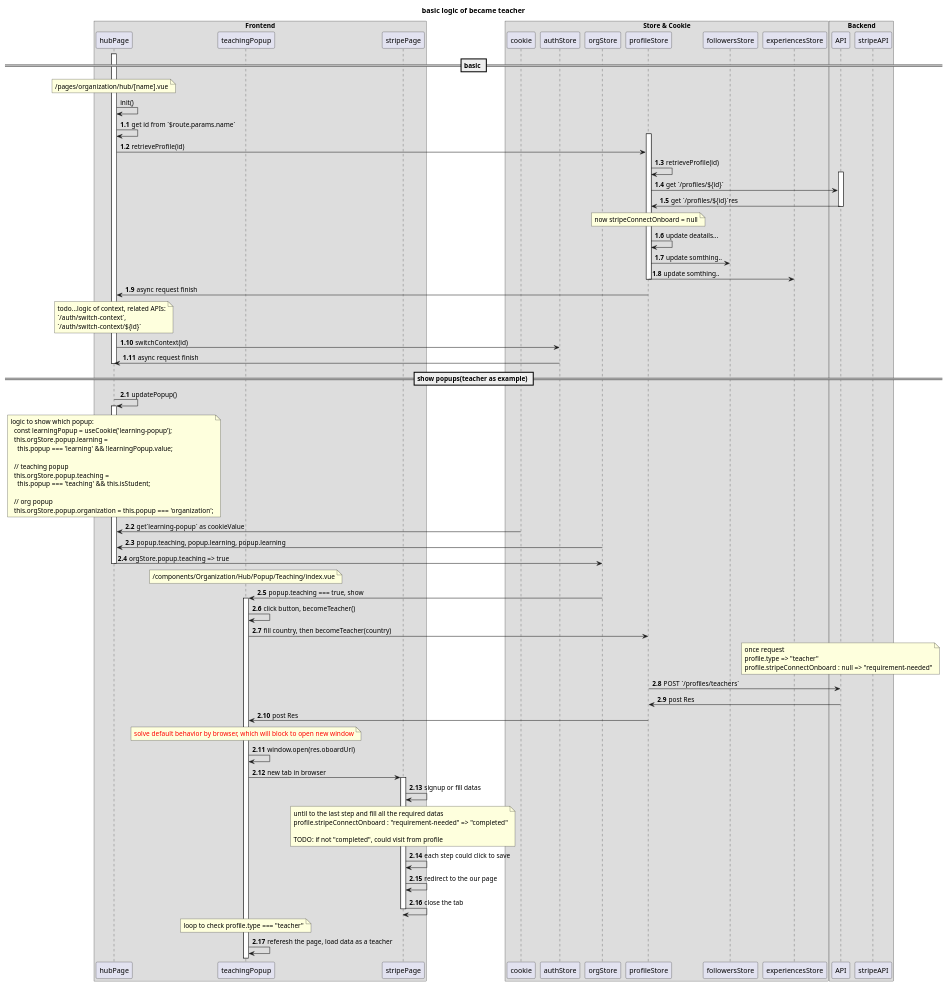
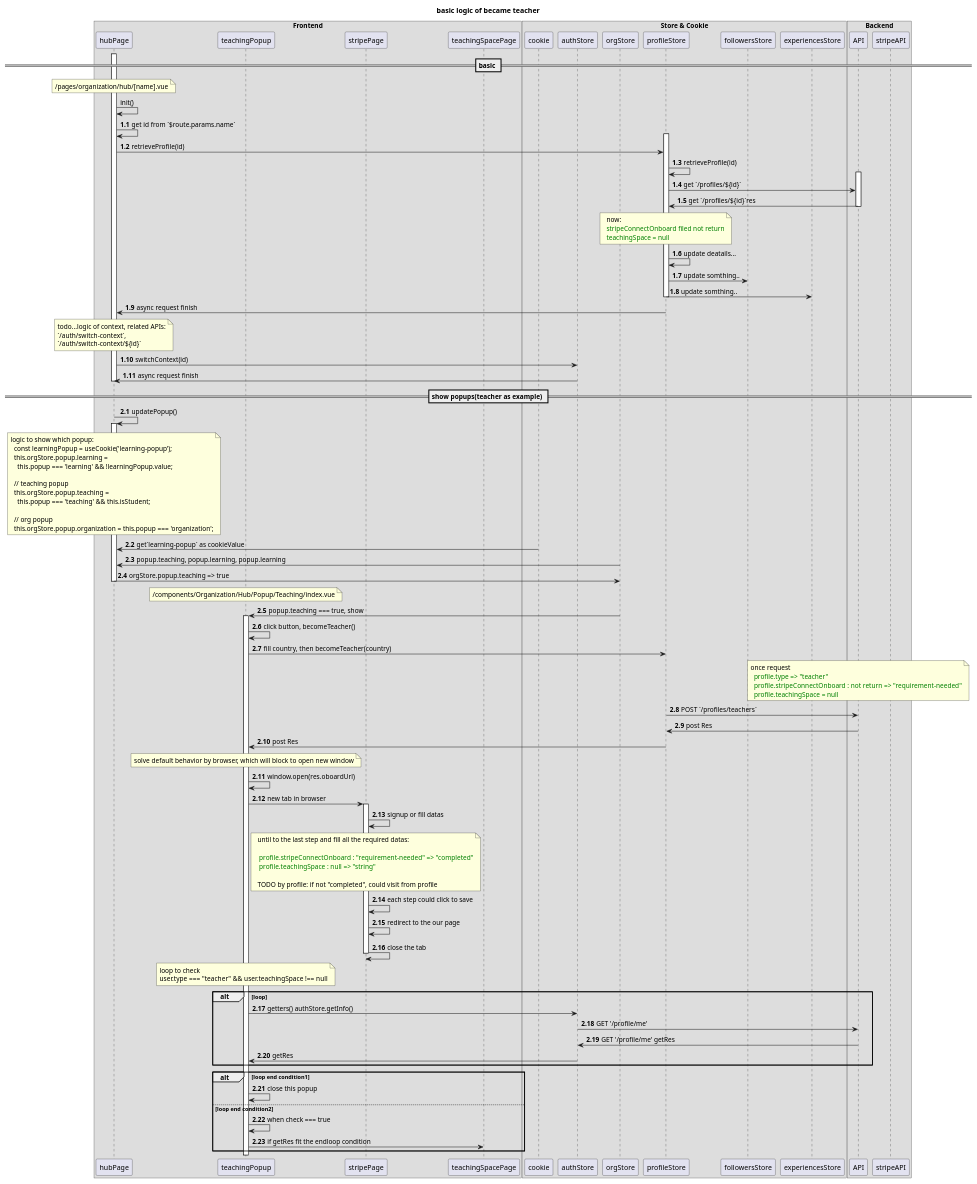
Before and after one commit to chase-si/umlDesigns: the diagram in src/aladia/upwork-aladia-become-teacher.wsd, drawn with PlantUML. The commit also changed other lines of this file and 3 other files, not shown here.

```diff
--- a/src/aladia/upwork-aladia-become-teacher.wsd
+++ b/src/aladia/upwork-aladia-become-teacher.wsd
@@ -1,117 +2,136 @@
 @startuml
 title "basic logic of became teacher"
 
 box "Frontend"
 participant hubPage
 participant teachingPopup
 participant stripePage
+participant teachingSpacePage
 end box
 
 box "Store & Cookie"
 participant cookie
 participant authStore
 participant orgStore
 participant profileStore
 participant followersStore
 participant experiencesStore
 end box
 
 box "Backend"
 participant API
 participant stripeAPI
 end box
 
 == basic ==
 activate hubPage
 note over hubPage
 /pages/organization/hub/[name].vue
 end note
 hubPage -> hubPage : init()
 autonumber 1.1
 hubPage -> hubPage : get id from `$route.params.name`
   activate profileStore
     hubPage -> profileStore : retrieveProfile(id)
     profileStore -> profileStore : retrieveProfile(id)
       activate API
       profileStore -> API : get `/profiles/${id}`
       profileStore <- API : get `/profiles/${id}`res
       deactivate API
     note over profileStore
-      now stripeConnectOnboard = null
+      now:
+    <color green>  stripeConnectOnboard filed not return
+    <color green>  teachingSpace = null
     end note
     profileStore -> profileStore : update deatails...
     profileStore -> followersStore : update somthing..
     profileStore -> experiencesStore: update somthing..
   deactivate profileStore
 hubPage <- profileStore : async request finish
 
 note over hubPage
 todo...logic of context, related APIs:
 `/auth/switch-context`,
 `/auth/switch-context/${id}`
 end note
 hubPage -> authStore : switchContext(id)
 hubPage <- authStore : async request finish
 deactivate hubPage
 autonumber stop
 
 == show popups(teacher as example) ==
 autonumber 2.1
 hubPage -> hubPage : updatePopup()
 activate hubPage
 note over hubPage
 logic to show which popup:
   const learningPopup = useCookie('learning-popup');
   this.orgStore.popup.learning =
     this.popup === 'learning' && !learningPopup.value;
 
   // teaching popup
   this.orgStore.popup.teaching =
     this.popup === 'teaching' && this.isStudent;
 
   // org popup
   this.orgStore.popup.organization = this.popup === 'organization';
 end note
 hubPage <- cookie : get`learning-popup` as cookieValue
 hubPage <- orgStore : popup.teaching, popup.learning, popup.learning
 hubPage -> orgStore : orgStore.popup.teaching => true
 deactivate hubPage
 
 note over teachingPopup
 /components/Organization/Hub/Popup/Teaching/index.vue
 end note
 teachingPopup <- orgStore: popup.teaching === true, show
 activate teachingPopup
 teachingPopup -> teachingPopup: click button, becomeTeacher()
 teachingPopup -> profileStore: fill country, then becomeTeacher(country)
 note over API
 once request
-profile.type => "teacher"
-profile.stripeConnectOnboard : null => "requirement-needed"
+<color green>  profile.type => "teacher"
+<color green>  profile.stripeConnectOnboard : not return => "requirement-needed"
+<color green>  profile.teachingSpace = null
 end note
 profileStore -> API: POST `/profiles/teachers`
 profileStore <- API: post Res
 profileStore -> teachingPopup: post Res
 note over teachingPopup
-<color red>solve default behavior by browser, which will block to open new window</color>
+solve default behavior by browser, which will block to open new window
 end note
 teachingPopup -> teachingPopup: window.open(res.oboardUrl)
   teachingPopup -> stripePage: new tab in browser
   activate stripePage
   stripePage -> stripePage : signup or fill datas
   note over stripePage
-  until to the last step and fill all the required datas
-  profile.stripeConnectOnboard : "requirement-needed" => "completed"
+  until to the last step and fill all the required datas:
 
-  TODO: if not "completed", could visit from profile
+<color green>   profile.stripeConnectOnboard : "requirement-needed" => "completed"
+<color green>   profile.teachingSpace : null => "string"
+
+  TODO by profile: if not "completed", could visit from profile
   end note
   stripePage -> stripePage : each step could click to save
   stripePage -> stripePage : redirect to the our page
   stripePage -> stripePage : close the tab
   deactivate stripePage
 
 note over teachingPopup
-loop to check profile.type === "teacher"
+loop to check
+user.type === "teacher" && user.teachingSpace !== null
 end note
-teachingPopup -> teachingPopup: referesh the page, load data as a teacher
+alt loop
+teachingPopup -> authStore : getters() authStore.getInfo()
+authStore -> API : GET '/profile/me'
+authStore <- API : GET '/profile/me' getRes
+teachingPopup <- authStore : getRes
+end
+alt loop end condition1
+teachingPopup -> teachingPopup : close this popup
+else loop end condition2
+teachingPopup -> teachingPopup : when check === true
+teachingPopup -> teachingSpacePage : if getRes fit the endloop condition
+end
+
 @enduml
```
